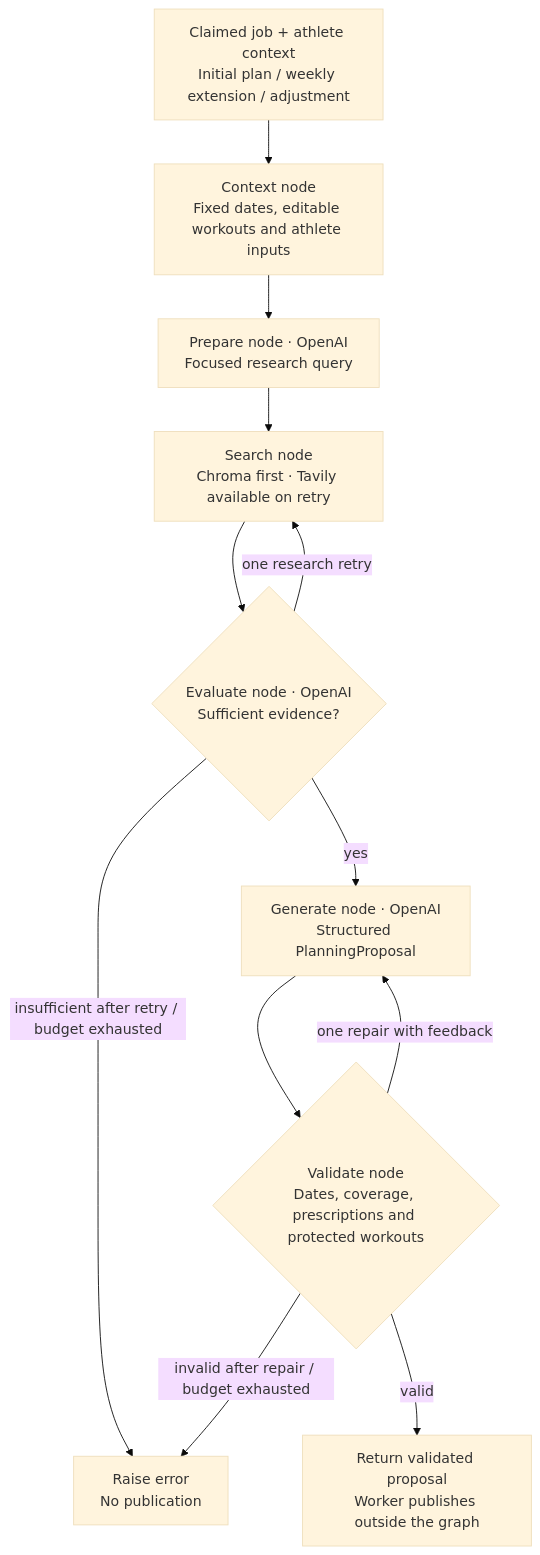
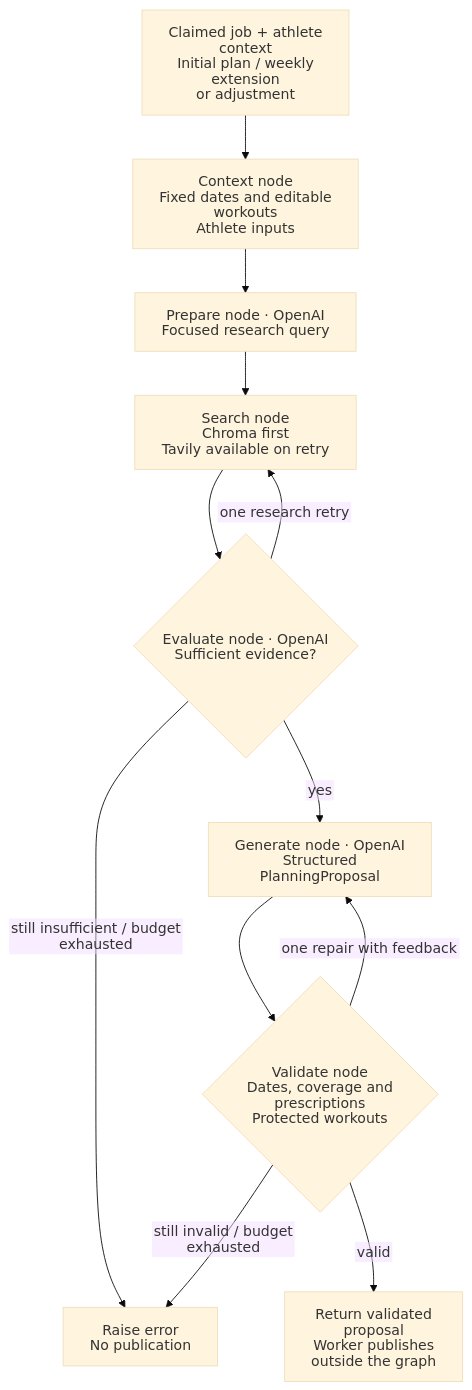
The fourth of 5 diagrams in README.md (xurichard19/strength-and-conditioning-rag), drawn with Mermaid (base theme) before and after one commit. The commit also changed other lines of this file, not shown here.

First line of the commit message:
Clarify infrastructure diagrams in README

````diff
--- a/README.md
+++ b/README.md
@@ -90,14 +109,20 @@
 ```mermaid
+---
+config:
+  htmlLabels: false
+  flowchart:
+    htmlLabels: false
+---
 flowchart TB
-    Request["Claimed job + athlete context<br/>Initial plan / weekly extension / adjustment"] --> Context["Context node<br/>Fixed dates, editable workouts and athlete inputs"]
+    Request["Claimed job + athlete context<br/>Initial plan / weekly extension<br/>or adjustment"] --> Context["Context node<br/>Fixed dates and editable workouts<br/>Athlete inputs"]
     Context --> Prepare["Prepare node · OpenAI<br/>Focused research query"]
-    Prepare --> Search["Search node<br/>Chroma first · Tavily available on retry"]
+    Prepare --> Search["Search node<br/>Chroma first<br/>Tavily available on retry"]
     Search --> Evaluate{"Evaluate node · OpenAI<br/>Sufficient evidence?"}
     Evaluate -->|yes| Generate["Generate node · OpenAI<br/>Structured PlanningProposal"]
     Evaluate -->|one research retry| Search
-    Evaluate -->|insufficient after retry / budget exhausted| Fail["Raise error<br/>No publication"]
-    Generate --> Validate{"Validate node<br/>Dates, coverage, prescriptions and protected workouts"}
+    Evaluate -->|still insufficient / budget exhausted| Fail["Raise error<br/>No publication"]
+    Generate --> Validate{"Validate node<br/>Dates, coverage and prescriptions<br/>Protected workouts"}
     Validate -->|one repair with feedback| Generate
-    Validate -->|invalid after repair / budget exhausted| Fail
-    Validate -->|valid| Plan["Return validated proposal<br/>Worker publishes outside the graph"]
+    Validate -->|still invalid / budget exhausted| Fail
+    Validate -->|valid| Plan["Return validated proposal<br/>Worker publishes<br/>outside the graph"]
 ```
````
